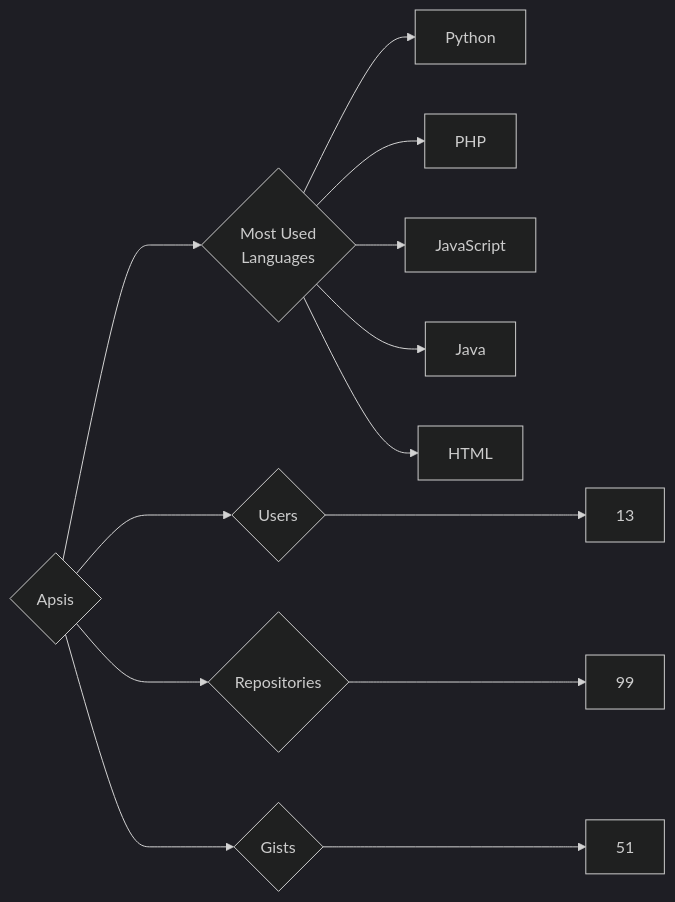
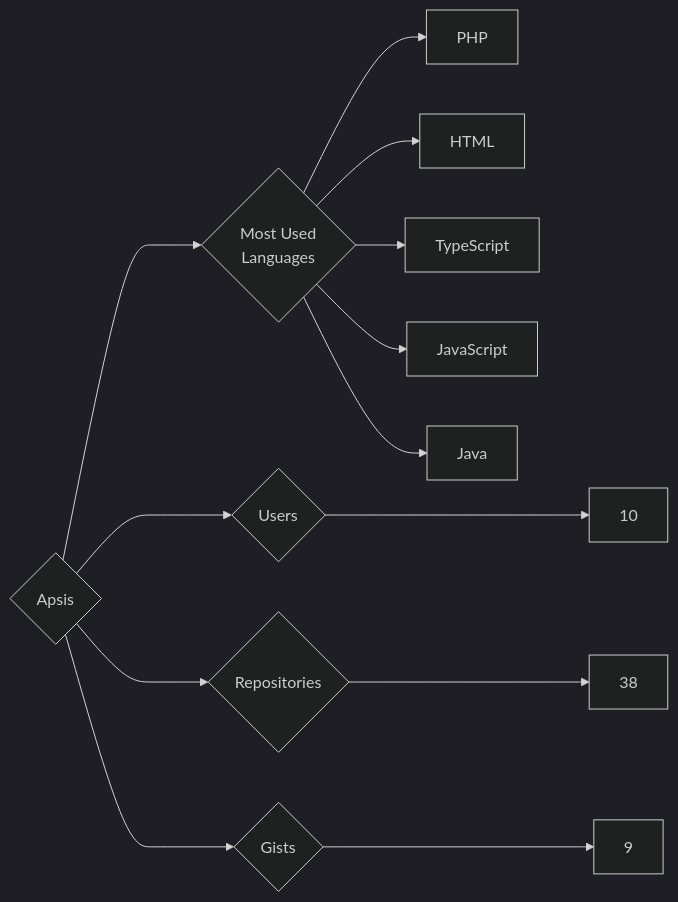
Before and after one commit to trickest/insiders: the diagram in targets/Apsis/README.md, drawn with Mermaid (dark theme). The commit also changed 953 other files, not shown here.

````diff
--- a/targets/Apsis/README.md
+++ b/targets/Apsis/README.md
@@ -3,13 +3,13 @@
 ```mermaid
 graph LR
 COMPANY_NAME{Apsis}
-COMPANY_NAME ---> U{Users} ---> UN[13]
-COMPANY_NAME ---> R{Repositories} ---> RN[99]
-COMPANY_NAME ---> G{Gists} ---> GN[51]
+COMPANY_NAME ---> U{Users} ---> UN[10]
+COMPANY_NAME ---> R{Repositories} ---> RN[38]
+COMPANY_NAME ---> G{Gists} ---> GN[9]
 COMPANY_NAME ---> ML{Most Used<br>Languages}
-ML --> Python[Python]
 ML --> PHP[PHP]
+ML --> HTML[HTML]
+ML --> TypeScript[TypeScript]
 ML --> JavaScript[JavaScript]
 ML --> Java[Java]
-ML --> HTML[HTML]
 ```
````
